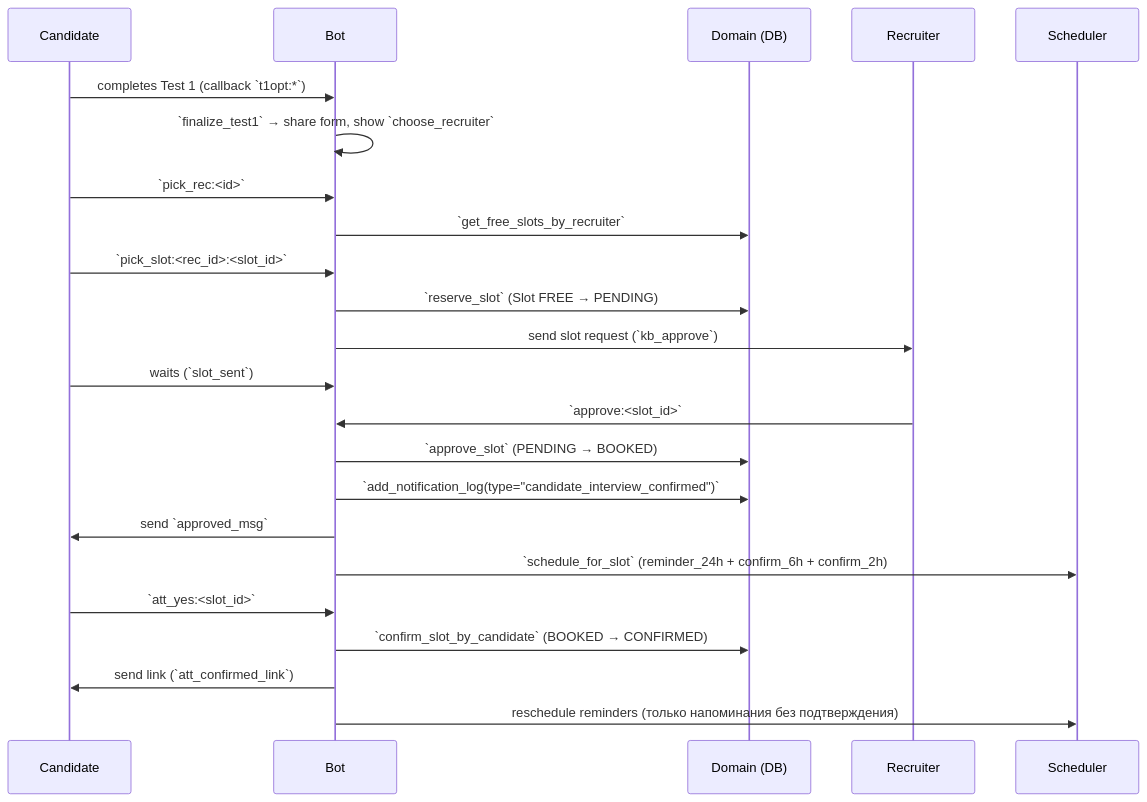
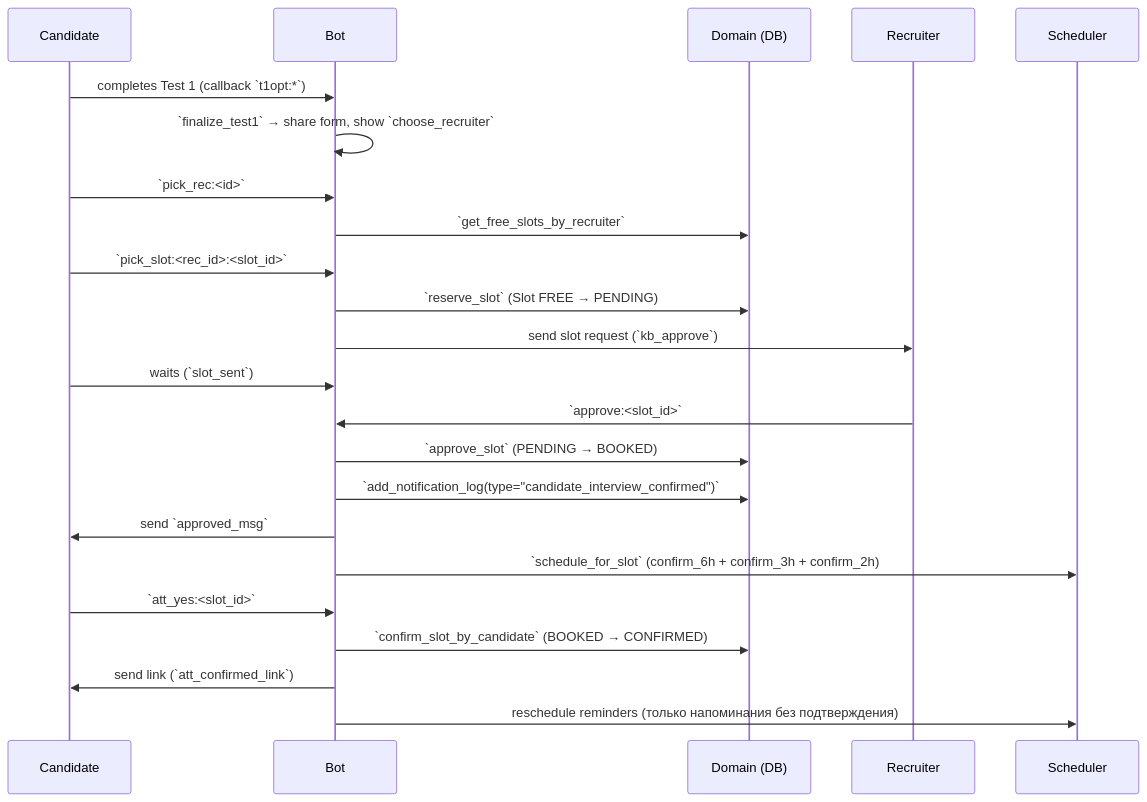
One commit to padka/HR changed the first of 4 diagrams in docs/TEST1_TRACES.md. Above: the diagram before and after it, drawn with Mermaid. The commit also changed 148 other files, not shown here.

````diff
--- a/docs/TEST1_TRACES.md
+++ b/docs/TEST1_TRACES.md
@@ -4,26 +4,26 @@
 ```mermaid
 sequenceDiagram
     participant C as Candidate
     participant B as Bot
     participant D as Domain (DB)
     participant R as Recruiter
     participant S as Scheduler
 
     C->>B: completes Test 1 (callback `t1opt:*`)
     B->>B: `finalize_test1` → share form, show `choose_recruiter`
     C->>B: `pick_rec:<id>`
     B->>D: `get_free_slots_by_recruiter`
     C->>B: `pick_slot:<rec_id>:<slot_id>`
     B->>D: `reserve_slot` (Slot FREE → PENDING)
     B->>R: send slot request (`kb_approve`)
     C->>B: waits (`slot_sent`)
     R->>B: `approve:<slot_id>`
     B->>D: `approve_slot` (PENDING → BOOKED)
     B->>D: `add_notification_log(type="candidate_interview_confirmed")`
     B->>C: send `approved_msg`
-    B->>S: `schedule_for_slot` (reminder_24h + confirm_6h + confirm_2h)
+    B->>S: `schedule_for_slot` (confirm_6h + confirm_3h + confirm_2h)
     C->>B: `att_yes:<slot_id>`
     B->>D: `confirm_slot_by_candidate` (BOOKED → CONFIRMED)
     B->>C: send link (`att_confirmed_link`)
     B->>S: reschedule reminders (только напоминания без подтверждения)
 ```
````
